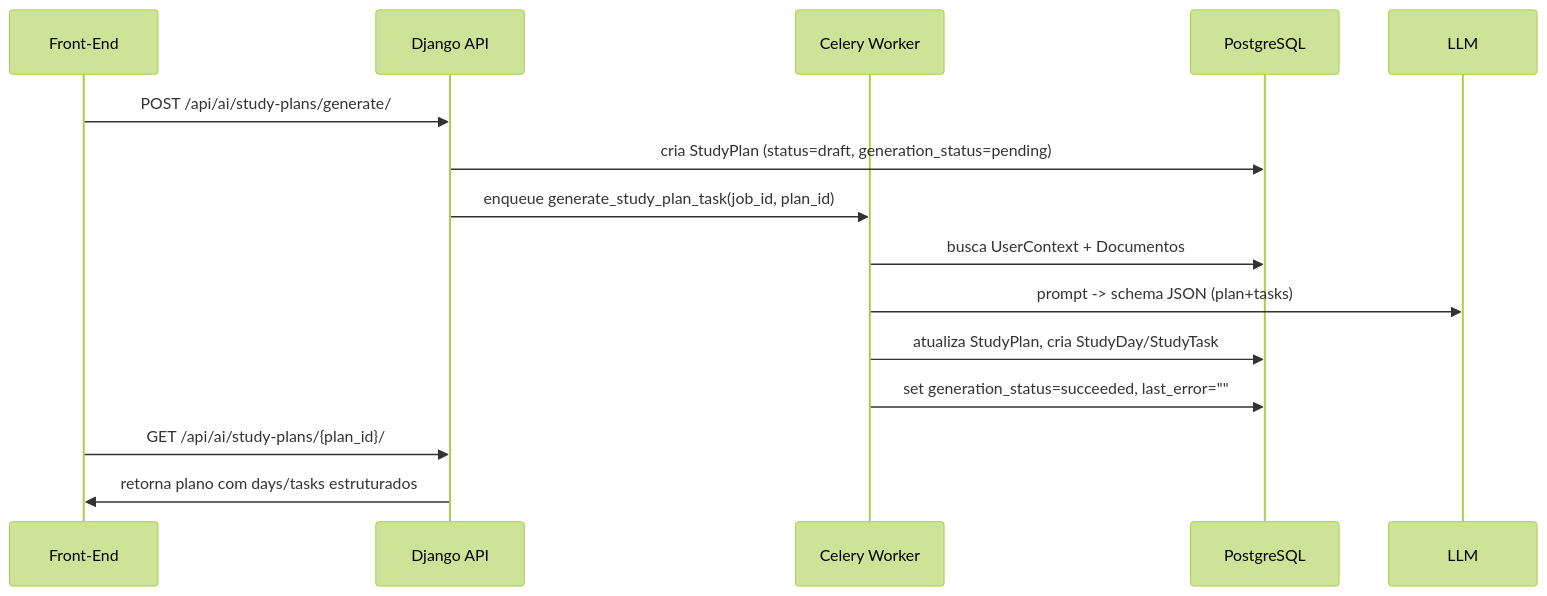
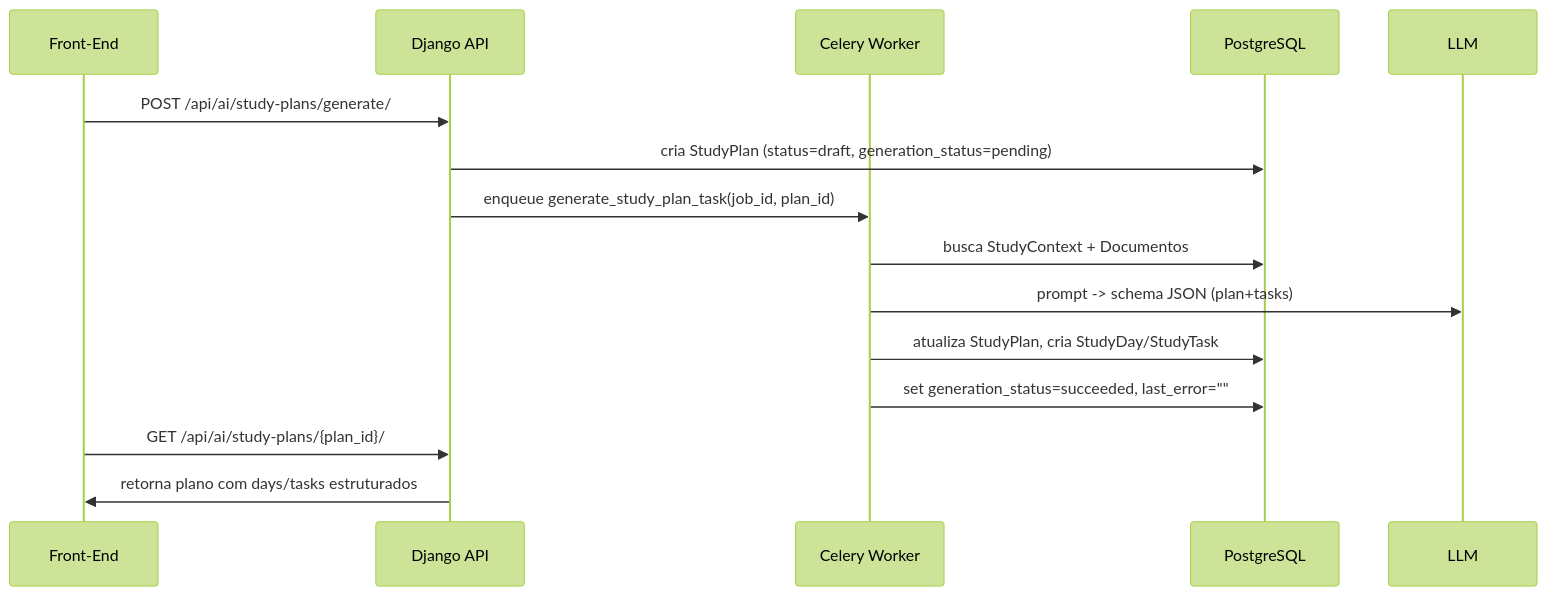
The second of 2 diagrams in docs/study_models_gist.md (AI-Teacher-Plus/backend), drawn with Mermaid (forest theme) before and after one commit. The commit also changed other lines of this file and 20 other files, not shown here.

First line of the commit message:
feat(study): renomeia UserContext para StudyContext e otimiza geração de planos

````diff
--- a/docs/study_models_gist.md
+++ b/docs/study_models_gist.md
@@ -159,17 +159,17 @@
 ```mermaid
 sequenceDiagram
     participant FE as Front-End
     participant API as Django API
     participant Celery as Celery Worker
     participant DB as PostgreSQL
 
     FE->>API: POST /api/ai/study-plans/generate/
     API->>DB: cria StudyPlan (status=draft, generation_status=pending)
     API->>Celery: enqueue generate_study_plan_task(job_id, plan_id)
-    Celery->>DB: busca UserContext + Documentos
+    Celery->>DB: busca StudyContext + Documentos
     Celery->>LLM: prompt -> schema JSON (plan+tasks)
     Celery->>DB: atualiza StudyPlan, cria StudyDay/StudyTask
     Celery->>DB: set generation_status=succeeded, last_error=""
     FE->>API: GET /api/ai/study-plans/{plan_id}/
     API->>FE: retorna plano com days/tasks estruturados
 ```
````
